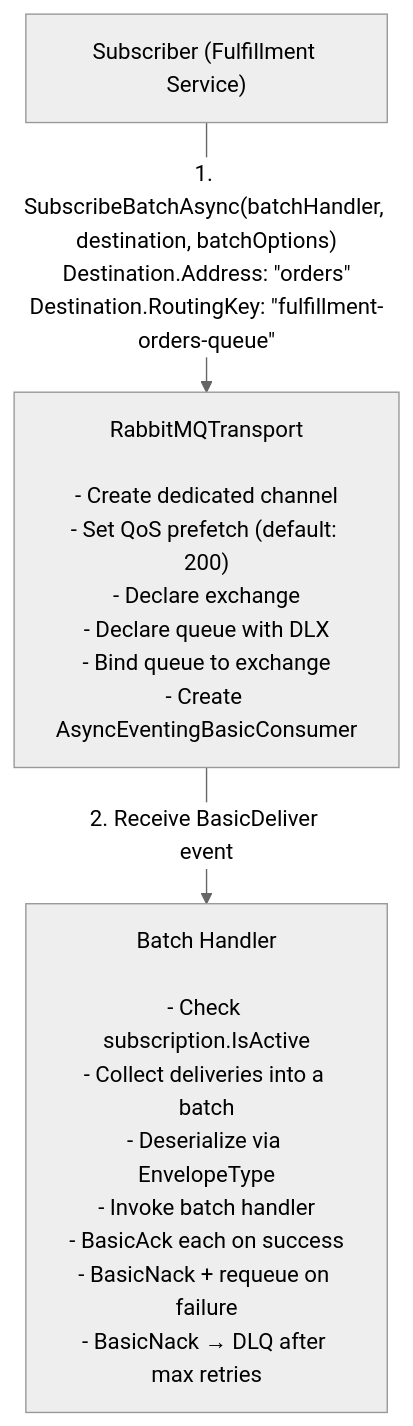
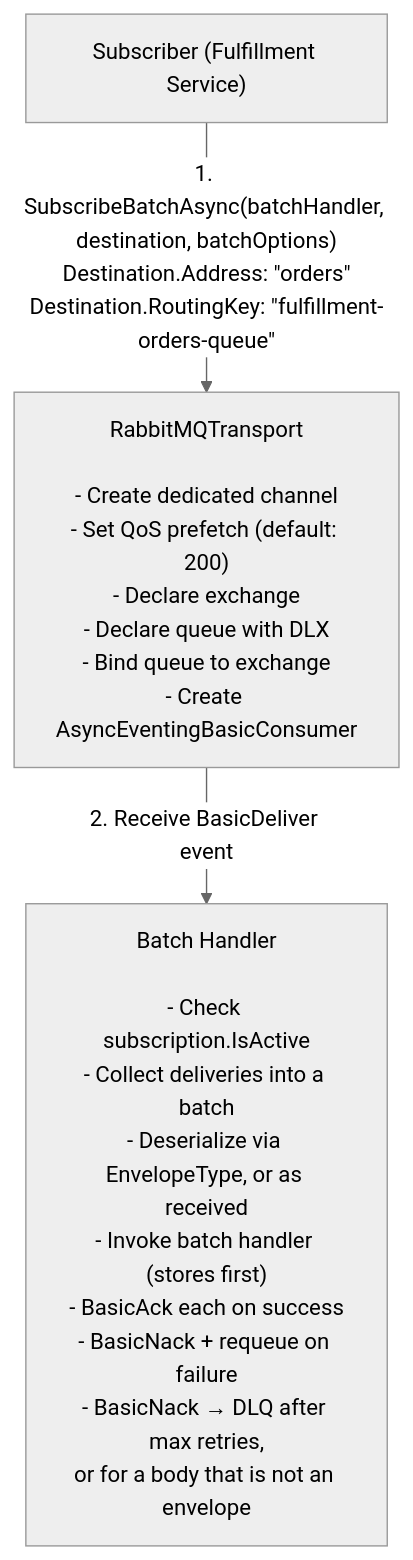
The fourth of 4 diagrams in src/assets/docs/v1.0.0/messaging/transports/rabbitmq.md (whizbang-lib/whizbang-lib.github.io), drawn with Mermaid (neutral theme) before and after one commit. The commit also changed other lines of this file and 17 other files, not shown here.

First line of the commit message:
docs: recovered dead letters re-enter through their stores; received messages are stored before settling

````diff
--- a/src/assets/docs/v1.0.0/messaging/transports/rabbitmq.md
+++ b/src/assets/docs/v1.0.0/messaging/transports/rabbitmq.md
@@ -143,13 +144,13 @@
 ```mermaid{caption="Subscribe path — SubscribeBatchAsync creates a dedicated channel, declares the exchange and DLX-bound queue, binds it, and starts a consumer that collects deliveries into batches for the handler." tests=["RabbitMQTransportBatchPathTests.SubscribeBatchAsync_BatchSizeReached_InvokesHandlerWithAllMessagesAndAcksEachAsync"]}
 flowchart TD
     Subscriber["Subscriber (Fulfillment Service)"]
     Transport["RabbitMQTransport<br/><br/>- Create dedicated channel<br/>- Set QoS prefetch (default: 200)<br/>- Declare exchange<br/>- Declare queue with DLX<br/>- Bind queue to exchange<br/>- Create AsyncEventingBasicConsumer"]
-    Handler["Batch Handler<br/><br/>- Check subscription.IsActive<br/>- Collect deliveries into a batch<br/>- Deserialize via EnvelopeType<br/>- Invoke batch handler<br/>- BasicAck each on success<br/>- BasicNack + requeue on failure<br/>- BasicNack → DLQ after max retries"]
+    Handler["Batch Handler<br/><br/>- Check subscription.IsActive<br/>- Collect deliveries into a batch<br/>- Deserialize via EnvelopeType, or as received<br/>- Invoke batch handler (stores first)<br/>- BasicAck each on success<br/>- BasicNack + requeue on failure<br/>- BasicNack → DLQ after max retries,<br/>or for a body that is not an envelope"]
 
     Subscriber -->|"1. SubscribeBatchAsync(batchHandler, destination, batchOptions)<br/>Destination.Address: #quot;orders#quot;<br/>Destination.RoutingKey: #quot;fulfillment-orders-queue#quot;"| Transport
     Transport -->|"2. Receive BasicDeliver event"| Handler
 
     class Subscriber layer-core
     class Transport layer-command
     class Handler layer-core
 ```
````
